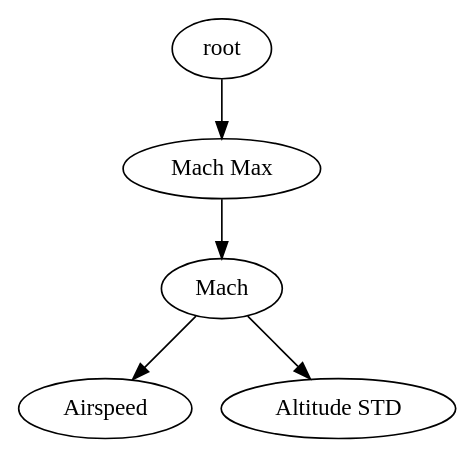
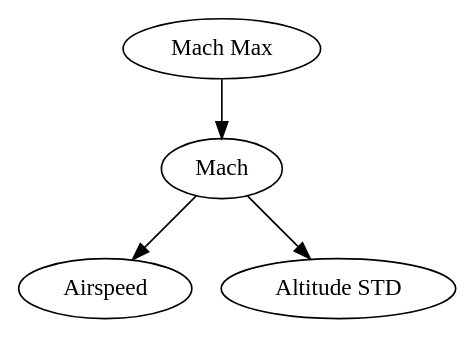
The fifth of 8 diagrams in doc/source/DependencyTree.rst (catawbasam/FlightDataAnalyzer), drawn with Graphviz before and after one commit. The commit also changed other lines of this file, not shown here.

```diff
--- a/doc/source/DependencyTree.rst
+++ b/doc/source/DependencyTree.rst
@@ -170,4 +182,4 @@
-.. digraph:: foo
+.. digraph:: MachMax
 
-   "root" -> "Mach Max" -> "Mach" -> "Airspeed";
+   "Mach Max" -> "Mach" -> "Airspeed";
    "Mach" -> "Altitude STD";
```
